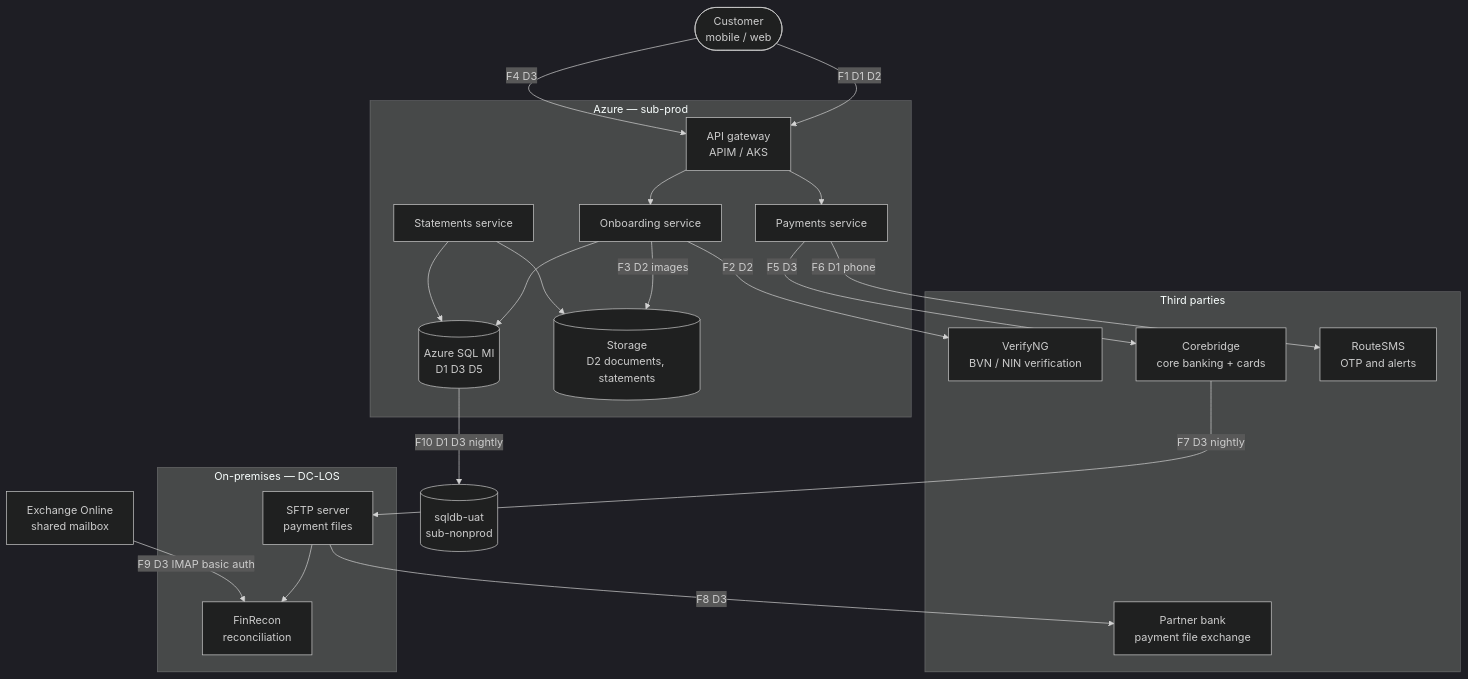
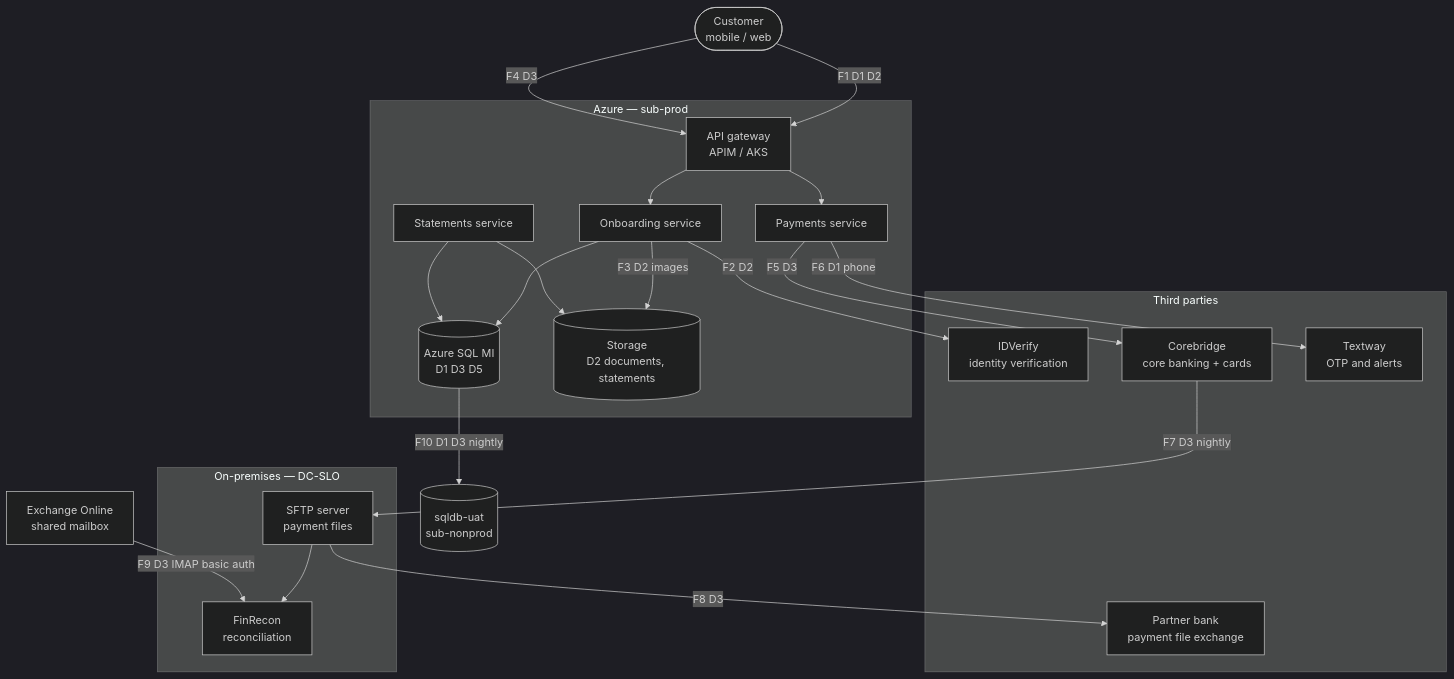
The diagram in 02-ARCHITECTURE/04-Data-Flow.md (sycom-academy/CYBERINTERNS), drawn with Mermaid (dark theme) before and after one commit. The commit also changed other lines of this file and 4 other files, not shown here.

````diff
--- a/02-ARCHITECTURE/04-Data-Flow.md
+++ b/02-ARCHITECTURE/04-Data-Flow.md
@@ -31,42 +31,42 @@
 ```mermaid
 flowchart TB
     CUST(["Customer<br/>mobile / web"])
 
     subgraph AZ["Azure — sub-prod"]
         API["API gateway<br/>APIM / AKS"]
         ONB["Onboarding service"]
         PAY["Payments service"]
         STMT["Statements service"]
         SQL[("Azure SQL MI<br/>D1 D3 D5")]
         BLOB[("Storage<br/>D2 documents, statements")]
     end
 
     subgraph EXT["Third parties"]
-        KYC["VerifyNG<br/>BVN / NIN verification"]
+        KYC["IDVerify<br/>identity verification"]
         CORE["Corebridge<br/>core banking + cards"]
-        SMS["RouteSMS<br/>OTP and alerts"]
+        SMS["Textway<br/>OTP and alerts"]
         PARTNER["Partner bank<br/>payment file exchange"]
     end
 
-    subgraph ONP["On-premises — DC-LOS"]
+    subgraph ONP["On-premises — DC-SLO"]
         SFTPSRV["SFTP server<br/>payment files"]
         RECON["FinRecon<br/>reconciliation"]
     end
 
     EXO["Exchange Online<br/>shared mailbox"]
 
     CUST -->|"F1 D1 D2"| API --> ONB
     ONB -->|"F2 D2"| KYC
     ONB --> SQL
     ONB -->|"F3 D2 images"| BLOB
     CUST -->|"F4 D3"| API --> PAY
     PAY -->|"F5 D3"| CORE
     PAY -->|"F6 D1 phone"| SMS
     CORE -->|"F7 D3 nightly"| SFTPSRV
     SFTPSRV -->|"F8 D3"| PARTNER
     SFTPSRV --> RECON
     EXO -->|"F9 D3 IMAP basic auth"| RECON
     STMT --> SQL
     STMT --> BLOB
     SQL -->|"F10 D1 D3 nightly"| UAT[("sqldb-uat<br/>sub-nonprod")]
 ```
````
